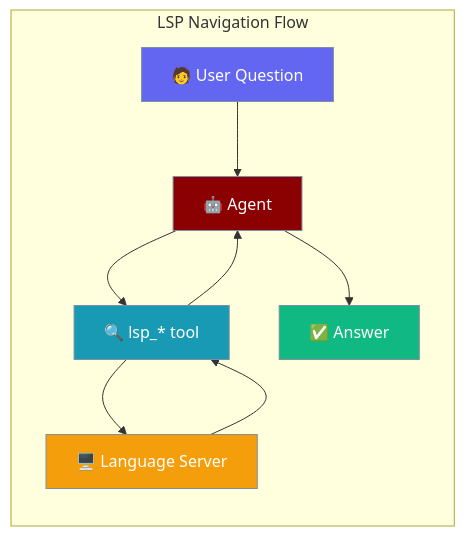
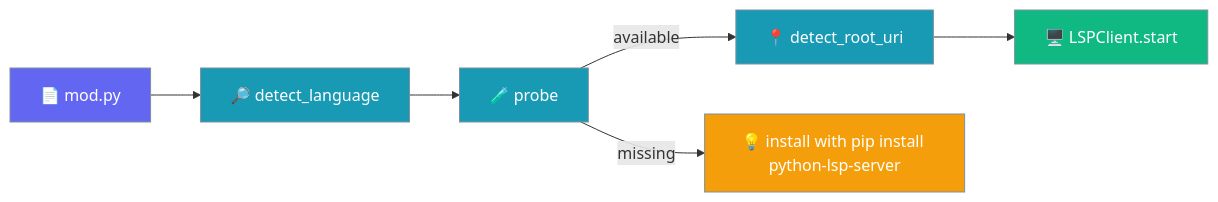
The first of 4 diagrams in docs/features/lsp-navigation-tools.mdx (MervinPraison/PraisonAIDocs), drawn with Mermaid before and after one commit. The commit also changed other lines of this file, not shown here.

Commit message:
docs: LSP zero-config auto-detect, availability probe & root detection (fixes #2996)

````diff
--- a/docs/features/lsp-navigation-tools.mdx
+++ b/docs/features/lsp-navigation-tools.mdx
@@ -10,23 +10,18 @@
 ```mermaid
 graph LR
-    subgraph "LSP Navigation Flow"
-        Q[🧑 User Question] --> A[🤖 Agent]
-        A --> T[🔍 lsp_* tool]
-        T --> S[🖥️ Language Server]
-        S --> T
-        T --> A
-        A --> R[✅ Answer]
-    end
+    File[📄 mod.py] --> Detect[🔎 detect_language]
+    Detect --> Probe[🧪 probe]
+    Probe -->|available| Root[📍 detect_root_uri]
+    Root --> Spawn[🖥️ LSPClient.start]
+    Probe -->|missing| Note[💡 install with pip install python-lsp-server]
 
-    classDef user fill:#6366F1,stroke:#7C90A0,color:#fff
-    classDef agent fill:#8B0000,stroke:#7C90A0,color:#fff
-    classDef tool fill:#189AB4,stroke:#7C90A0,color:#fff
-    classDef server fill:#F59E0B,stroke:#7C90A0,color:#fff
+    classDef input fill:#6366F1,stroke:#7C90A0,color:#fff
+    classDef process fill:#189AB4,stroke:#7C90A0,color:#fff
     classDef result fill:#10B981,stroke:#7C90A0,color:#fff
+    classDef warn fill:#F59E0B,stroke:#7C90A0,color:#fff
 
-    class Q user
-    class A agent
-    class T tool
-    class S server
-    class R result
+    class File input
+    class Detect,Probe,Root process
+    class Spawn result
+    class Note warn
 ```
````
